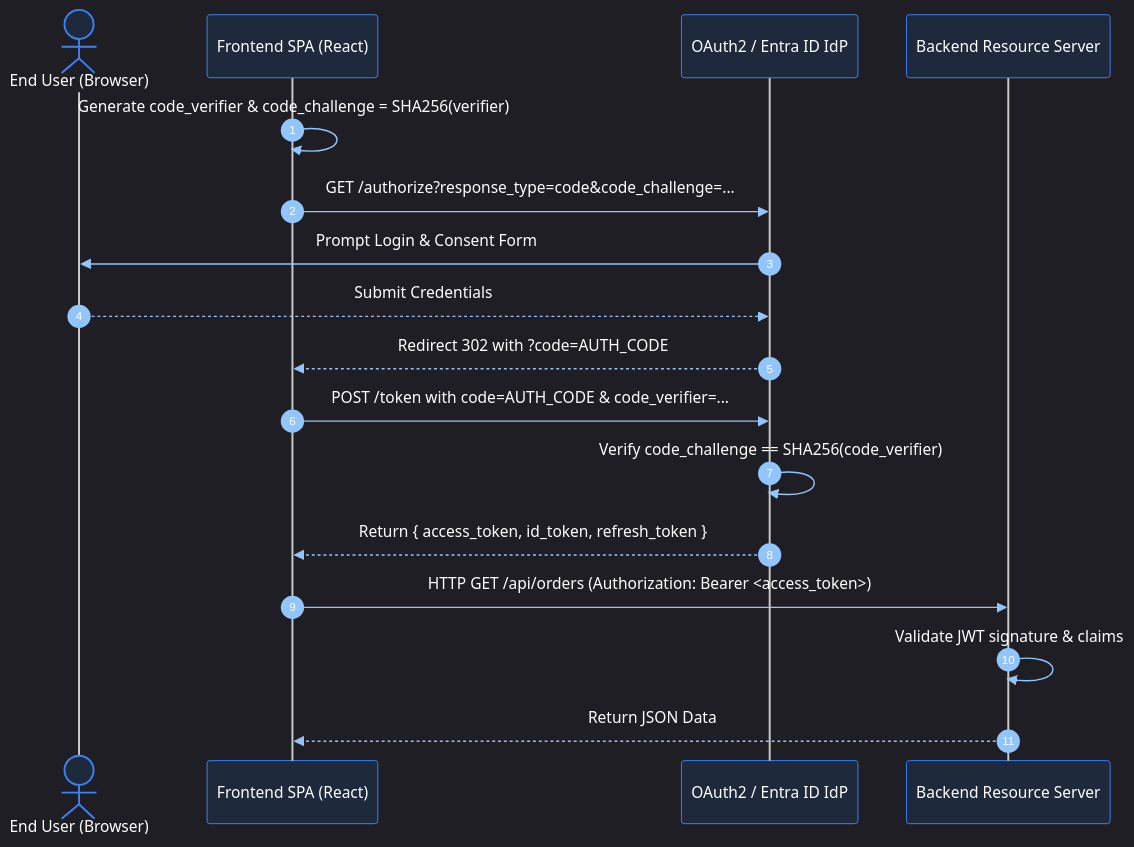
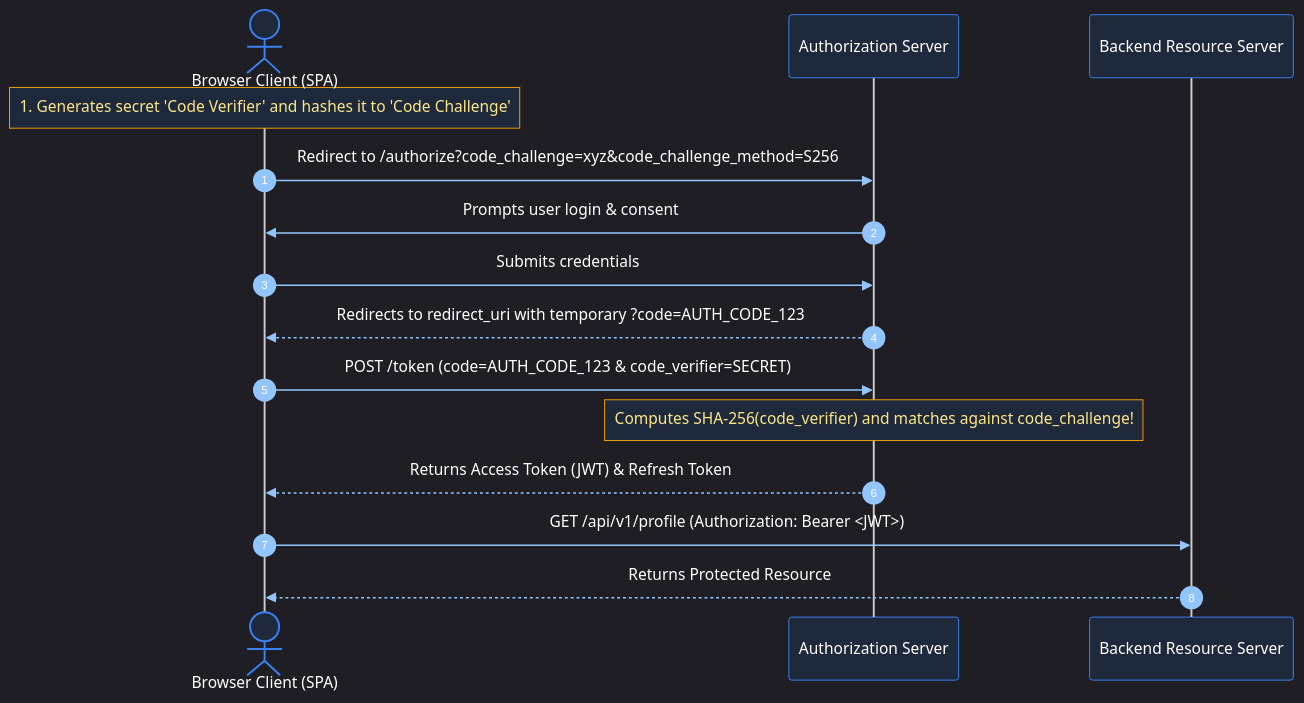
Before and after one commit to joydeep-biswas/Interview-Preparation: the eighth of 13 diagrams in Java Backend Engineering/11_security_identity_certificate_management.md, drawn with Mermaid. The commit also changed other lines of this file and 143 other files, not shown here.

````diff
--- a/Java Backend Engineering/11_security_identity_certificate_management.md
+++ b/Java Backend Engineering/11_security_identity_certificate_management.md
@@ -221,21 +816,21 @@
 ```mermaid
 %%{init: {'theme': 'dark', 'themeVariables': { 'actorBkg': '#1e293b', 'actorBorder': '#3b82f6', 'actorTextColor': '#ffffff', 'signalColor': '#93c5fd', 'signalTextColor': '#ffffff', 'noteBkgColor': '#1e293b', 'noteBorderColor': '#f59e0b', 'noteTextColor': '#fde68a', 'activationBkgColor': '#3b82f6', 'sequenceNumberColor': '#ffffff' }}}%%
 sequenceDiagram
     autonumber
-    actor User as End User (Browser)
-    participant Client as Frontend SPA (React)
-    participant Auth0 as OAuth2 / Entra ID IdP
-    participant API as Backend Resource Server
+    actor Browser as Browser Client (SPA)
+    participant AuthServer as Authorization Server
+    participant Backend as Backend Resource Server
 
-    Client->>Client: Generate code_verifier & code_challenge = SHA256(verifier)
-    Client->>Auth0: GET /authorize?response_type=code&code_challenge=...
-    Auth0->>User: Prompt Login & Consent Form
-    User-->>Auth0: Submit Credentials
-    Auth0-->>Client: Redirect 302 with ?code=AUTH_CODE
-    Client->>Auth0: POST /token with code=AUTH_CODE & code_verifier=...
-    Auth0->>Auth0: Verify code_challenge == SHA256(code_verifier)
-    Auth0-->>Client: Return { access_token, id_token, refresh_token }
-    Client->>API: HTTP GET /api/orders (Authorization: Bearer <access_token>)
-    API->>API: Validate JWT signature & claims
-    API-->>Client: Return JSON Data
+    Note over Browser: 1. Generates secret 'Code Verifier' and hashes it to 'Code Challenge'
+    Browser->>AuthServer: Redirect to /authorize?code_challenge=xyz&code_challenge_method=S256
+    AuthServer->>Browser: Prompts user login & consent
+    Browser->>AuthServer: Submits credentials
+    AuthServer-->>Browser: Redirects to redirect_uri with temporary ?code=AUTH_CODE_123
+
+    Browser->>AuthServer: POST /token (code=AUTH_CODE_123 & code_verifier=SECRET)
+    Note over AuthServer: Computes SHA-256(code_verifier) and matches against code_challenge!
+    AuthServer-->>Browser: Returns Access Token (JWT) & Refresh Token
+
+    Browser->>Backend: GET /api/v1/profile (Authorization: Bearer <JWT>)
+    Backend-->>Browser: Returns Protected Resource
 ```
````
